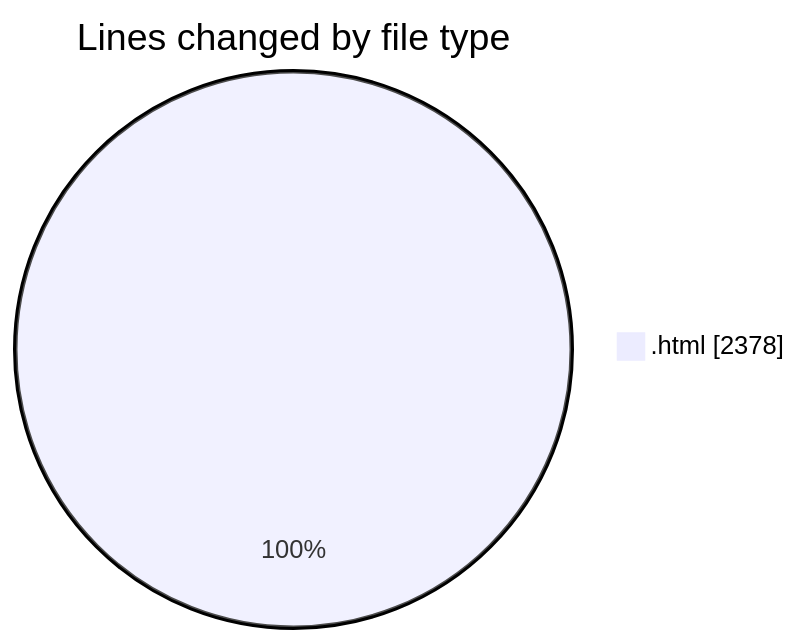
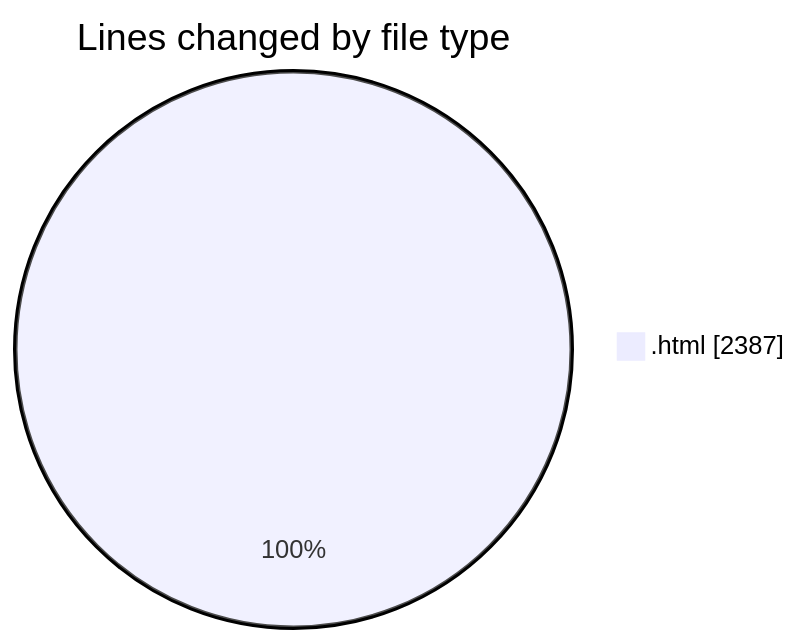
One commit to LanceThiago/code-tracking changed the first of 2 diagrams in 2025-04-24/enre_-_calculadora_de_consumo_v_2022_files/README.md. Above: the diagram before and after it, drawn with Mermaid. The commit also changed other lines of this file and 1 other file, not shown here.

````diff
--- a/2025-04-24/enre_-_calculadora_de_consumo_v_2022_files/README.md
+++ b/2025-04-24/enre_-_calculadora_de_consumo_v_2022_files/README.md
@@ -20,5 +20,5 @@
 ```mermaid
 pie showData
 title Lines changed by file type
-".html" : 2378
+".html" : 2387
 ```
````
